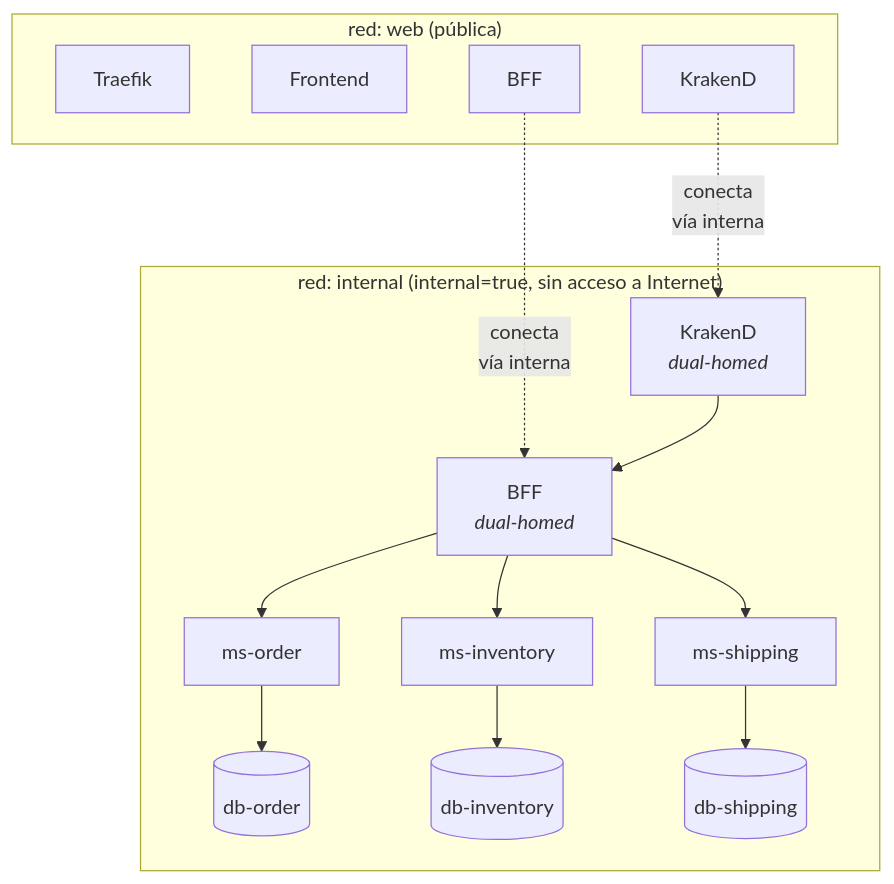
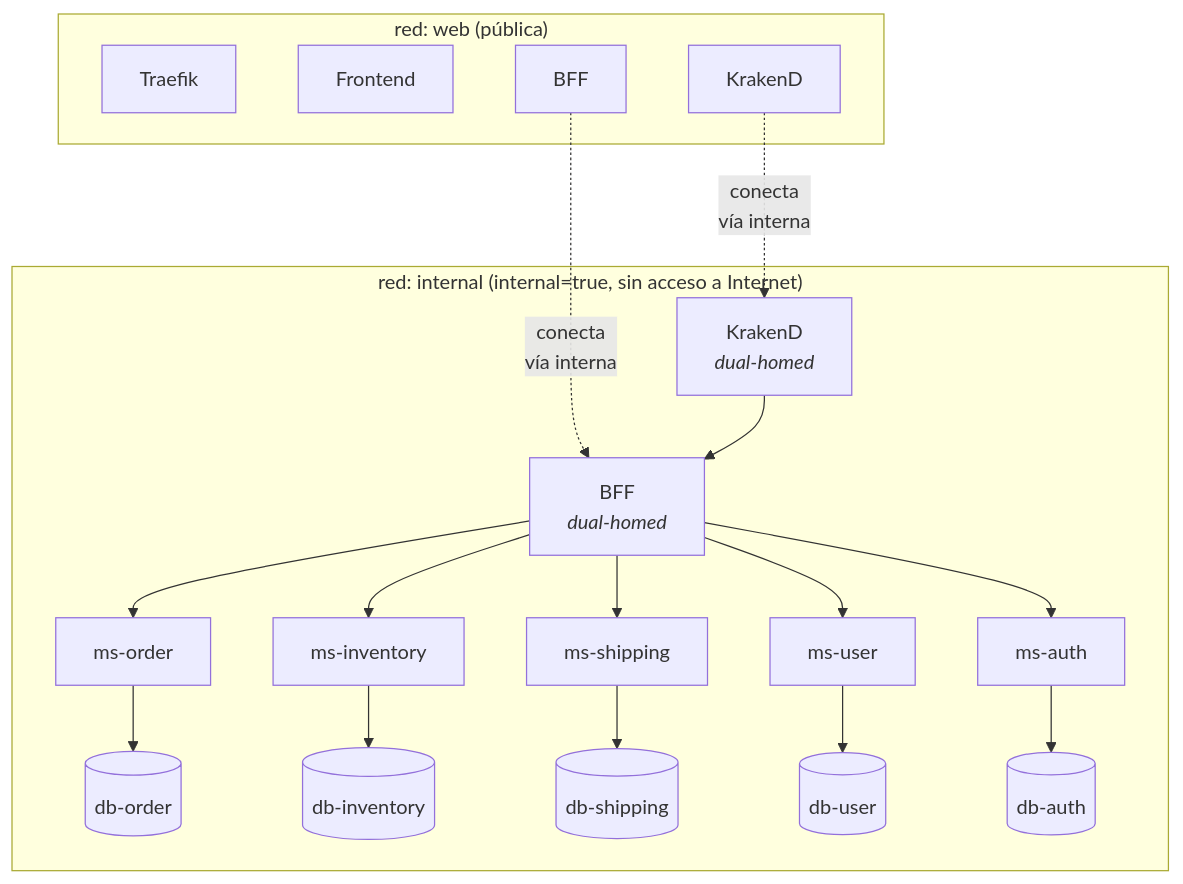
Before and after one commit to smartLogixfs/smartlogixs: the second of 8 diagrams in README.md, drawn with Mermaid. The commit also changed other lines of this file and 8 other files, not shown here.

````diff
--- a/README.md
+++ b/README.md
@@ -97,28 +103,34 @@
 ```mermaid
 flowchart TB
     subgraph WebNet["red: web (pública)"]
         T[Traefik]
         F[Frontend]
         K[KrakenD]
         B[BFF]
     end
 
     subgraph IntNet["red: internal (internal=true, sin acceso a Internet)"]
         BB[BFF<br/><i>dual-homed</i>]
         KK[KrakenD<br/><i>dual-homed</i>]
-        P[ms-order]
+        O[ms-order]
         I[ms-inventory]
-        E[ms-shipping]
-        DP[(db-order)]
+        S[ms-shipping]
+        U[ms-user]
+        A[ms-auth]
+        DO[(db-order)]
         DI[(db-inventory)]
-        DE[(db-shipping)]
+        DS[(db-shipping)]
+        DU[(db-user)]
+        DA[(db-auth)]
     end
 
     B -.->|conecta<br/>vía interna| BB
     K -.->|conecta<br/>vía interna| KK
-    BB --> P & I & E
+    BB --> O & I & S & U & A
     KK --> BB
-    P --> DP
+    O --> DO
     I --> DI
-    E --> DE
+    S --> DS
+    U --> DU
+    A --> DA
 ```
````
